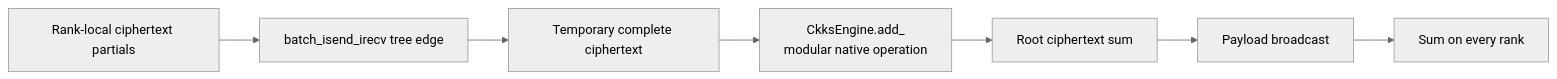
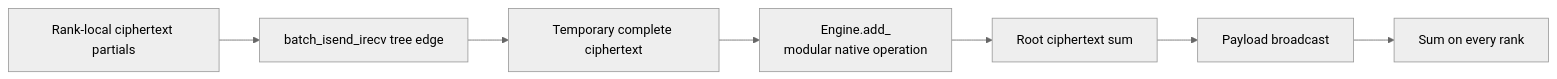
One commit to visualDust/fhelium changed the fourth of 4 diagrams in docs/developer/distributed-internals.md. Above: the diagram before and after it, drawn with Mermaid (neutral theme). The commit also changed other lines of this file and 612 other files, not shown here.

Commit message:
Introduce several architecture changes and support Windows native build

````diff
--- a/docs/developer/distributed-internals.md
+++ b/docs/developer/distributed-internals.md
@@ -146,13 +224,13 @@
 ```mermaid
 graph LR
     A[Rank-local ciphertext partials]
     P2P[batch_isend_irecv tree edge]
     TMP[Temporary complete ciphertext]
-    ADD[CkksEngine.add_<br/>modular native operation]
+    ADD[Engine.add_<br/>modular native operation]
     ROOT[Root ciphertext sum]
     BCAST[Payload broadcast]
     ALL[Sum on every rank]
 
     A --> P2P --> TMP --> ADD --> ROOT
     ROOT --> BCAST --> ALL
 ```
````
